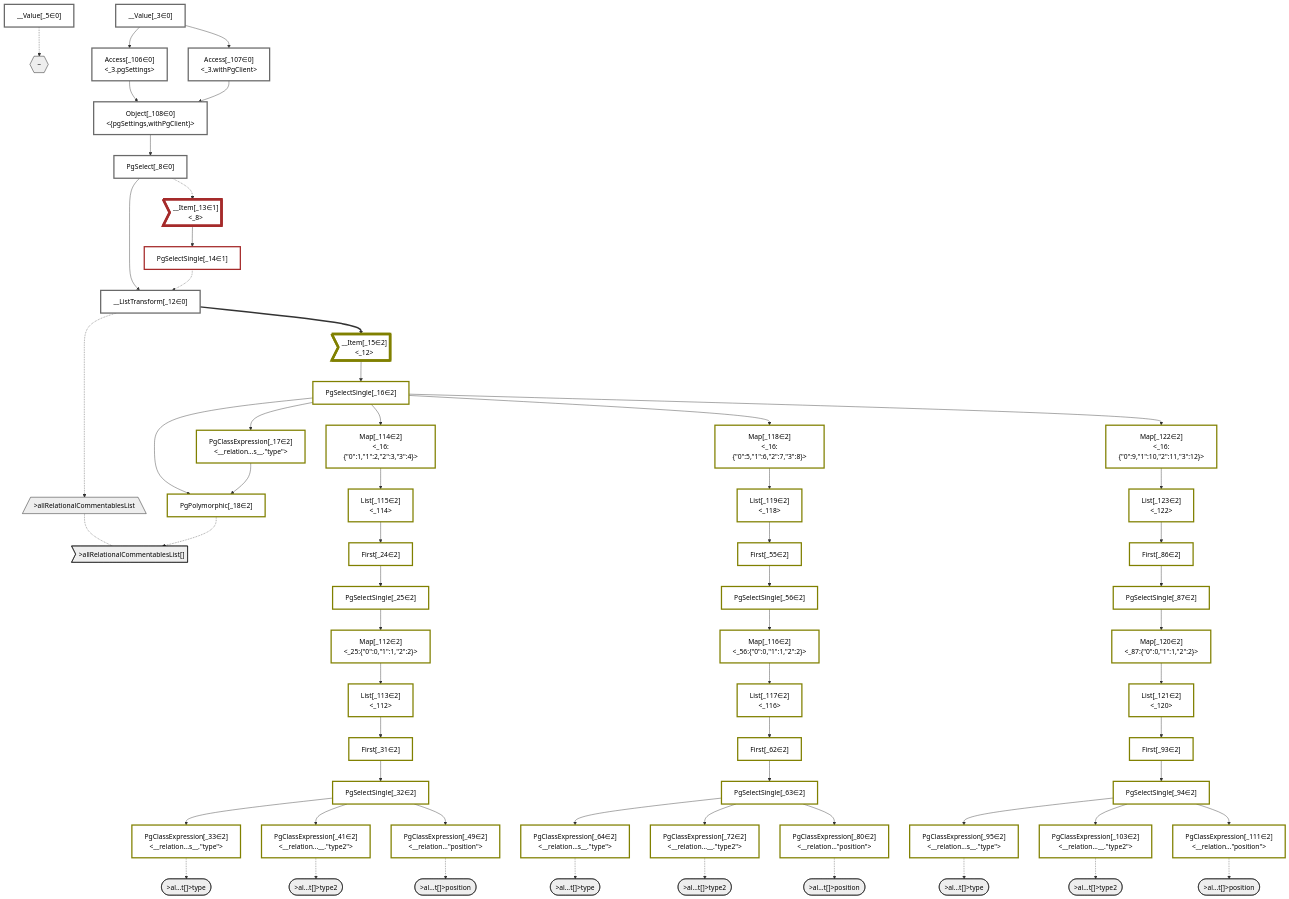
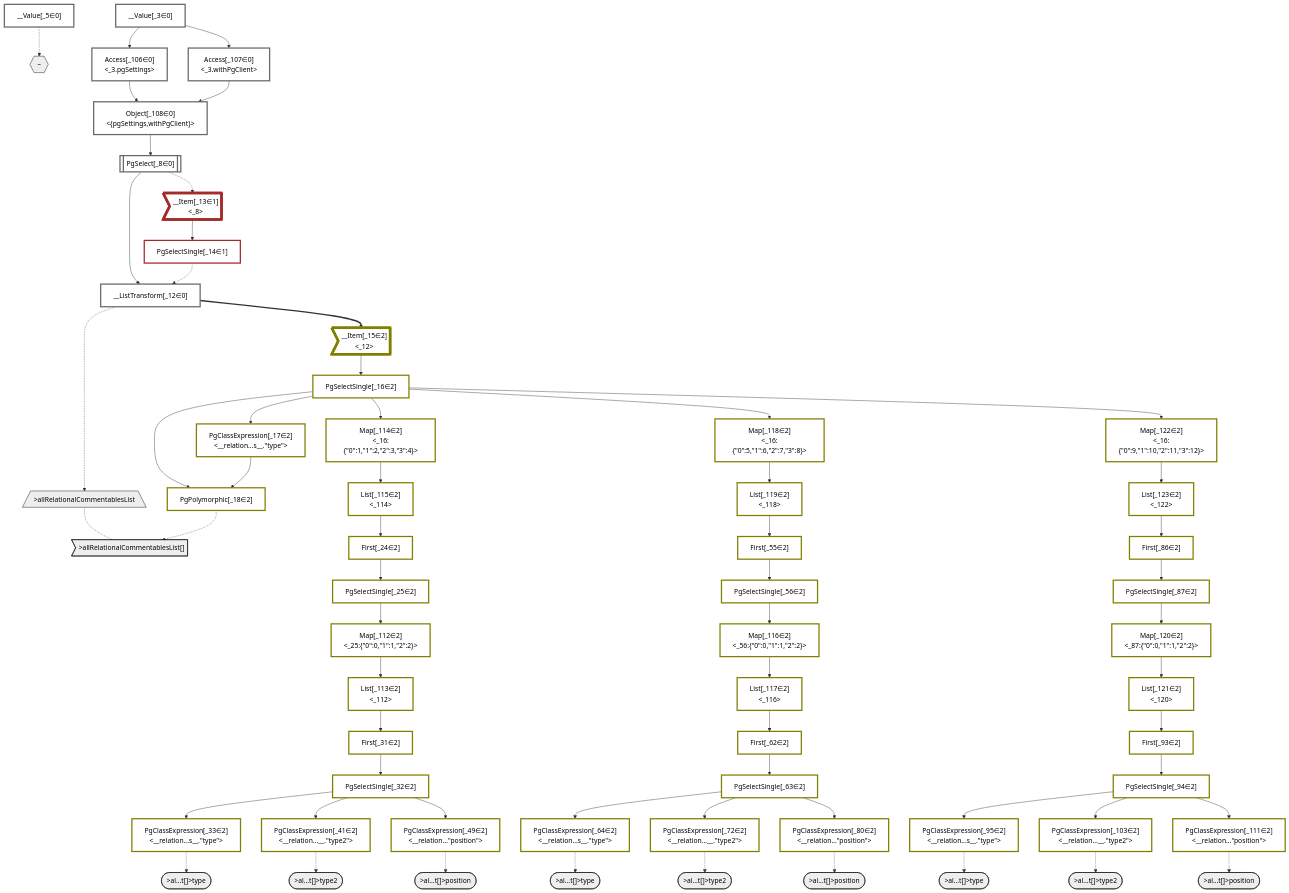
One commit to graphile/crystal changed the diagram in packages/dataplan-pg/__tests__/queries/interfaces-relational/commentables-simple.mermaid.md. Above: the diagram before and after it, drawn with Mermaid. The commit also changed 195 other files, not shown here.

```diff
--- a/packages/dataplan-pg/__tests__/queries/interfaces-relational/commentables-simple.mermaid.md
+++ b/packages/dataplan-pg/__tests__/queries/interfaces-relational/commentables-simple.mermaid.md
@@ -34,7 +34,7 @@
     %% define plans
     __Value_3["__Value[_3∈0]<br /><context>"]:::plan
     __Value_5["__Value[_5∈0]<br /><rootValue>"]:::plan
-    PgSelect_8["PgSelect[_8∈0]<br /><relational_commentables>"]:::plan
+    PgSelect_8[["PgSelect[_8∈0]<br /><relational_commentables>"]]:::plan
     __ListTransform_12["__ListTransform[_12∈0]<br /><each:_8>"]:::plan
     __Item_13>"__Item[_13∈1]<br /><_8>"]:::itemplan
     PgSelectSingle_14["PgSelectSingle[_14∈1]<br /><relational_commentables>"]:::plan
```
